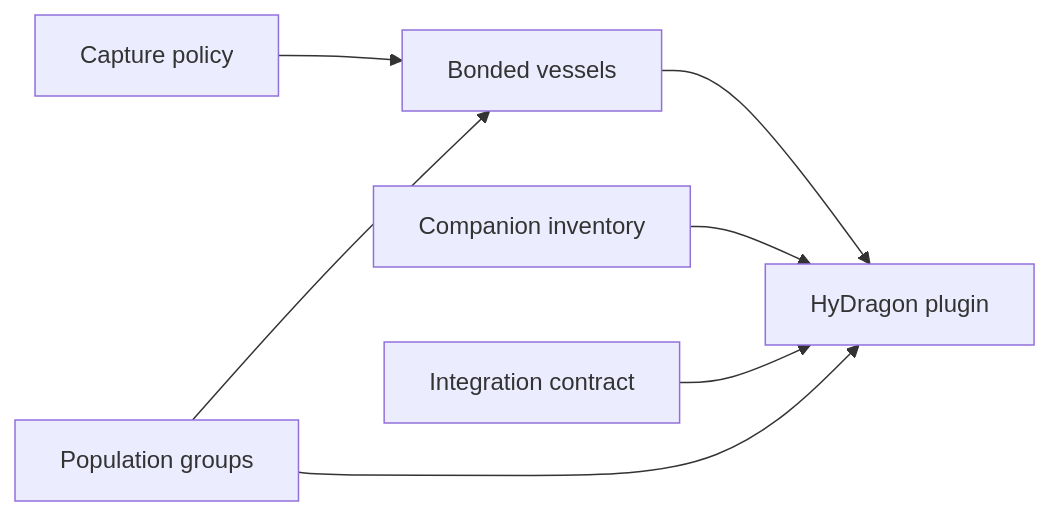
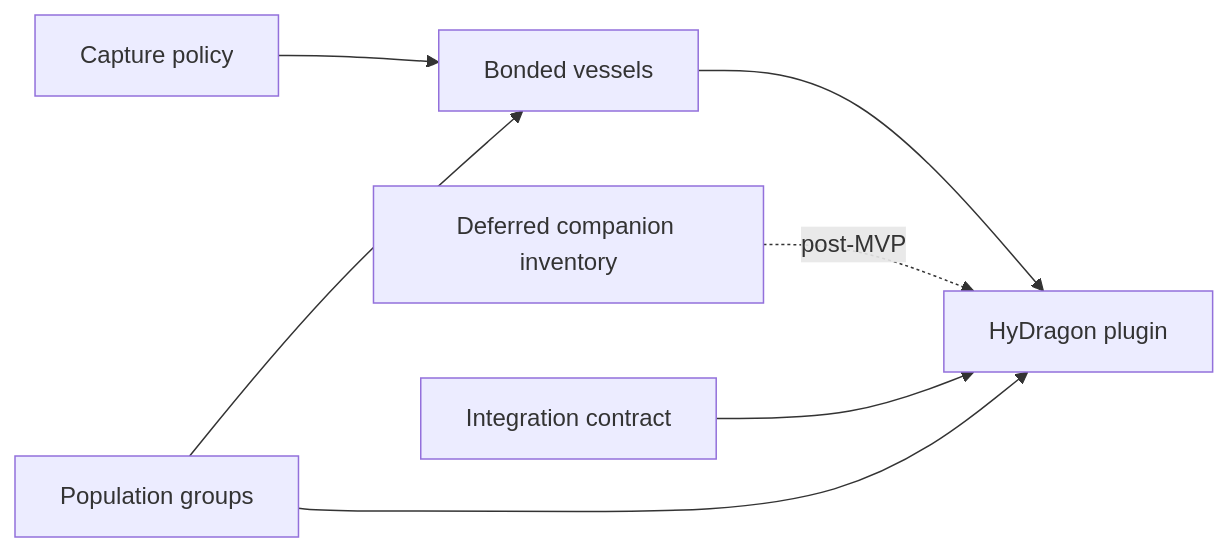
One commit to Alechilles/AlecsTamework changed the diagram in docs/specs/hydragon/README.md. Above: the diagram before and after it, drawn with Mermaid. The commit also changed other lines of this file and 3 other files, not shown here.

Commit message:
Docs: defer companion inventory integration

````diff
--- a/docs/specs/hydragon/README.md
+++ b/docs/specs/hydragon/README.md
@@ -96,9 +103,9 @@
 ```mermaid
 flowchart LR
     CP["Capture policy"] --> BV["Bonded vessels"]
     PG["Population groups"] --> BV
     BV --> HP["HyDragon plugin"]
-    CI["Companion inventory"] --> HP
+    CI["Deferred companion inventory"] -. post-MVP .-> HP
     API["Integration contract"] --> HP
     PG --> HP
 ```
````
